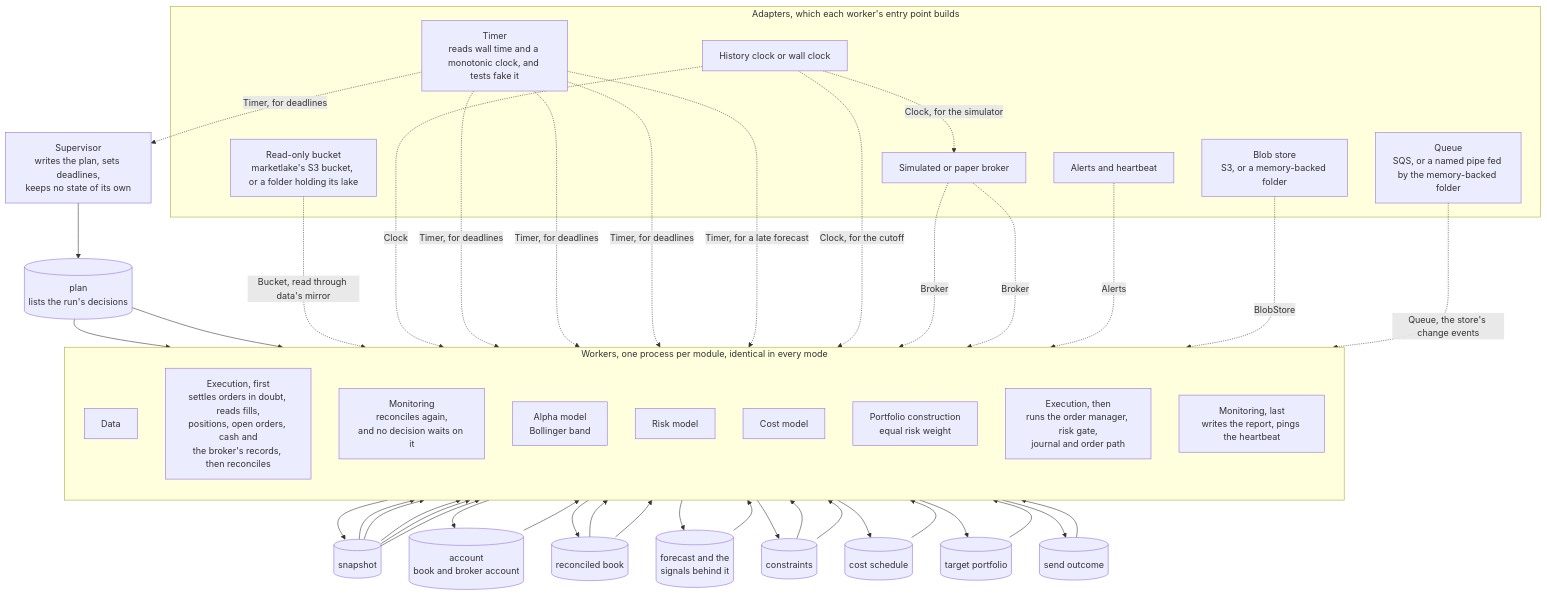
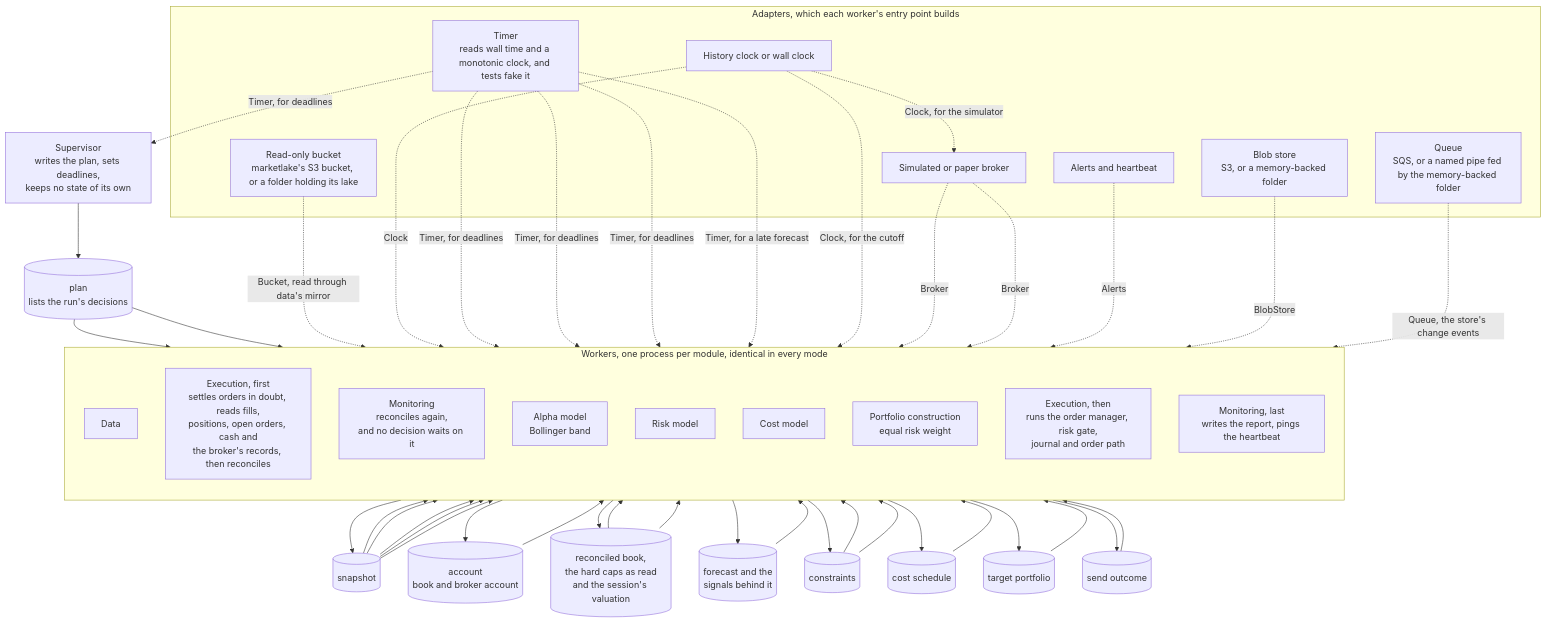
One commit to l3a0/ithildin-runtime changed the first of 7 diagrams in docs/architecture/05-building-blocks.md. Above: the diagram before and after it, drawn with Mermaid. The commit also changed other lines of this file and 28 other files, not shown here.

````diff
--- a/docs/architecture/05-building-blocks.md
+++ b/docs/architecture/05-building-blocks.md
@@ -57,72 +57,72 @@
 ```mermaid
 flowchart TB
     sup["Supervisor<br/>writes the plan, sets deadlines,<br/>keeps no state of its own"]
     plan[("plan<br/>lists the run's decisions")]
     sup --> plan
 
     subgraph workers["Workers, one process per module, identical in every mode"]
         direction TB
         data["Data"]
         exec_recover["Execution, first<br/>settles orders in doubt, reads fills,<br/>positions, open orders, cash and<br/>the broker's records, then reconciles"]
         mon_recon["Monitoring<br/>reconciles again,<br/>and no decision waits on it"]
         alpha["Alpha model<br/>Bollinger band"]
         risk["Risk model"]
         cost["Cost model"]
         pc["Portfolio construction<br/>equal risk weight"]
         exec_send["Execution, then<br/>runs the order manager, risk gate,<br/>journal and order path"]
         mon_report["Monitoring, last<br/>writes the report, pings the heartbeat"]
     end
 
     snap[("snapshot")]
     acct[("account<br/>book and broker account")]
-    book[("reconciled book")]
+    book[("reconciled book,<br/>the hard caps as read<br/>and the session's valuation")]
     fc[("forecast and the<br/>signals behind it")]
     cons[("constraints")]
     sched[("cost schedule")]
     target[("target portfolio")]
     outcome[("send outcome")]
 
     plan --> data
     plan --> exec_recover
     snap --> exec_recover
     data --> snap
     exec_recover --> acct --> mon_recon
     exec_recover --> book
     snap --> alpha --> fc
     snap --> risk
     book --> risk --> cons
     snap --> cost --> sched
     fc --> pc
     cons --> pc
     sched --> pc
     book --> pc --> target
     target --> exec_send
     cons --> exec_send
     snap --> exec_send
     exec_send --> outcome --> mon_report
 
     subgraph adapters["Adapters, which each worker's entry point builds"]
         lakesrc["Read-only bucket<br/>marketlake's S3 bucket, or a folder holding its lake"]
         clock["History clock or wall clock"]
         timer["Timer<br/>reads wall time and a monotonic clock, and tests fake it"]
         broker["Simulated or paper broker"]
         store["Blob store<br/>S3, or a memory-backed folder"]
         alertsink["Alerts and heartbeat"]
         queue["Queue<br/>SQS, or a named pipe fed by the memory-backed folder"]
     end
 
     lakesrc -. "Bucket, read through data's mirror" .-> data
     clock -. "Clock" .-> data
     timer -. "Timer, for deadlines" .-> sup
     timer -. "Timer, for deadlines" .-> mon_report
     timer -. "Timer, for deadlines" .-> exec_recover
     timer -. "Timer, for deadlines" .-> exec_send
     timer -. "Timer, for a late forecast" .-> pc
     clock -. "Clock, for the cutoff" .-> exec_send
     clock -. "Clock, for the simulator" .-> broker
     broker -. "Broker" .-> exec_recover
     broker -. "Broker" .-> exec_send
     store -. "BlobStore" .-> workers
     alertsink -. "Alerts" .-> mon_report
         queue -. "Queue, the store's change events" .-> workers
 ```
````
